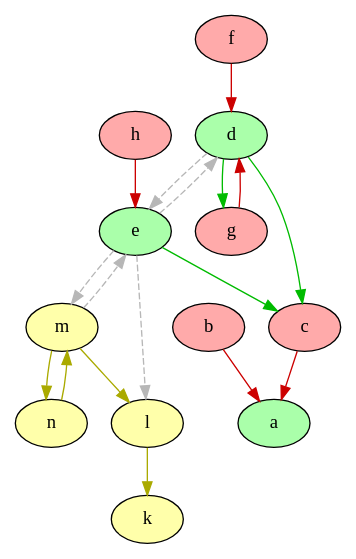
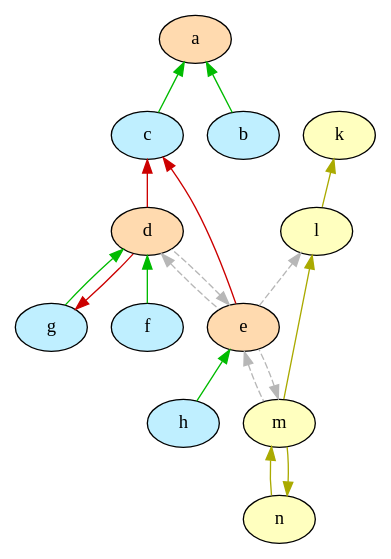
The diagram in XLoKR-2023/output/colored_edge_graph.dot (idaks/Games-and-Argumentation), drawn with Graphviz before and after one commit. The commit also changed 12 other files, not shown here.

```diff
--- a/XLoKR-2023/output/colored_edge_graph.dot
+++ b/XLoKR-2023/output/colored_edge_graph.dot
@@ -1,48 +1,65 @@
 strict digraph "" {
-	b	[fillcolor="#FFAAAA",
+	a	[fillcolor="#ffdaaf",
 		style=filled];
-	a	[fillcolor="#AAFFAA",
+	b	[fillcolor="#bfefff",
 		style=filled];
-	b -> a	[color="#CC0000"];
-	c	[fillcolor="#FFAAAA",
+	a -> b	[color="#00BB00",
+		dir=back];
+	c	[fillcolor="#bfefff",
 		style=filled];
-	c -> a	[color="#CC0000"];
-	l	[fillcolor="#FFFFAA",
+	a -> c	[color="#00BB00",
+		dir=back];
+	d	[fillcolor="#ffdaaf",
 		style=filled];
-	k	[fillcolor="#FFFFAA",
+	c -> d	[color="#CC0000",
+		dir=back];
+	e	[fillcolor="#ffdaaf",
 		style=filled];
-	l -> k	[color="#AAAA00"];
-	d	[fillcolor="#AAFFAA",
+	c -> e	[color="#CC0000",
+		dir=back];
+	d -> e	[color="#b7b7b7",
+		dir=back,
+		style=dashed];
+	f	[fillcolor="#bfefff",
 		style=filled];
-	d -> c	[color="#00BB00"];
-	e	[fillcolor="#AAFFAA",
+	d -> f	[color="#00BB00",
+		dir=back];
+	g	[fillcolor="#bfefff",
 		style=filled];
-	d -> e	[color="#b7b7b7",
+	d -> g	[color="#00BB00",
+		dir=back];
+	e -> d	[color="#b7b7b7",
+		dir=back,
 		style=dashed];
-	g	[fillcolor="#FFAAAA",
-		style=filled];
-	d -> g	[color="#00BB00"];
-	e -> c	[color="#00BB00"];
-	e -> l	[color="#b7b7b7",
-		style=dashed];
-	e -> d	[color="#b7b7b7",
-		style=dashed];
-	m	[fillcolor="#FFFFAA",
+	m	[fillcolor="#ffffbf",
 		style=filled];
 	e -> m	[color="#b7b7b7",
+		dir=back,
 		style=dashed];
-	g -> d	[color="#CC0000"];
-	m -> l	[color="#AAAA00"];
+	h	[fillcolor="#bfefff",
+		style=filled];
+	e -> h	[color="#00BB00",
+		dir=back];
+	k	[fillcolor="#ffffbf",
+		style=filled];
+	l	[fillcolor="#ffffbf",
+		style=filled];
+	k -> l	[color="#AAAA00",
+		dir=back];
+	l -> e	[color="#b7b7b7",
+		dir=back,
+		style=dashed];
+	l -> m	[color="#AAAA00",
+		dir=back];
 	m -> e	[color="#b7b7b7",
+		dir=back,
 		style=dashed];
-	n	[fillcolor="#FFFFAA",
+	n	[fillcolor="#ffffbf",
 		style=filled];
-	m -> n	[color="#AAAA00"];
-	n -> m	[color="#AAAA00"];
-	f	[fillcolor="#FFAAAA",
-		style=filled];
-	f -> d	[color="#CC0000"];
-	h	[fillcolor="#FFAAAA",
-		style=filled];
-	h -> e	[color="#CC0000"];
+	m -> n	[color="#AAAA00",
+		dir=back];
+	g -> d	[color="#CC0000",
+		dir=back];
+	n -> m	[color="#AAAA00",
+		dir=back];
 }
```
